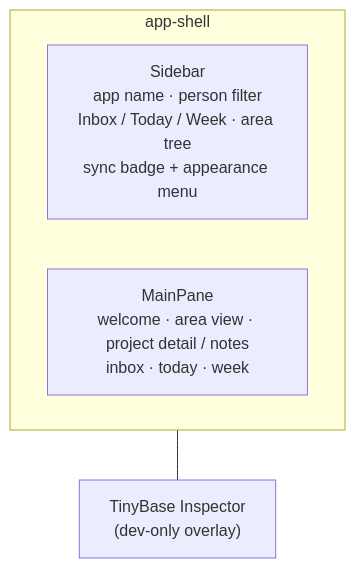
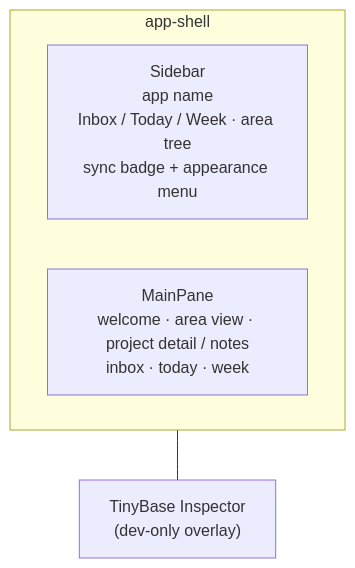
The diagram in docs/ux.md (nibblebot/localaction), drawn with Mermaid before and after one commit. The commit also changed other lines of this file and 56 other files, not shown here.

````diff
--- a/docs/ux.md
+++ b/docs/ux.md
@@ -13,10 +13,10 @@
 ```mermaid
 flowchart TB
   subgraph Shell["app-shell"]
     direction LR
-    Side["Sidebar\napp name · person filter\nInbox / Today / Week · area tree\nsync badge + appearance menu"]
+    Side["Sidebar\napp name\nInbox / Today / Week · area tree\nsync badge + appearance menu"]
     Main["MainPane\nwelcome · area view · project detail / notes\ninbox · today · week"]
   end
   Insp["TinyBase Inspector\n(dev-only overlay)"]
   Shell --- Insp
 ```
````
